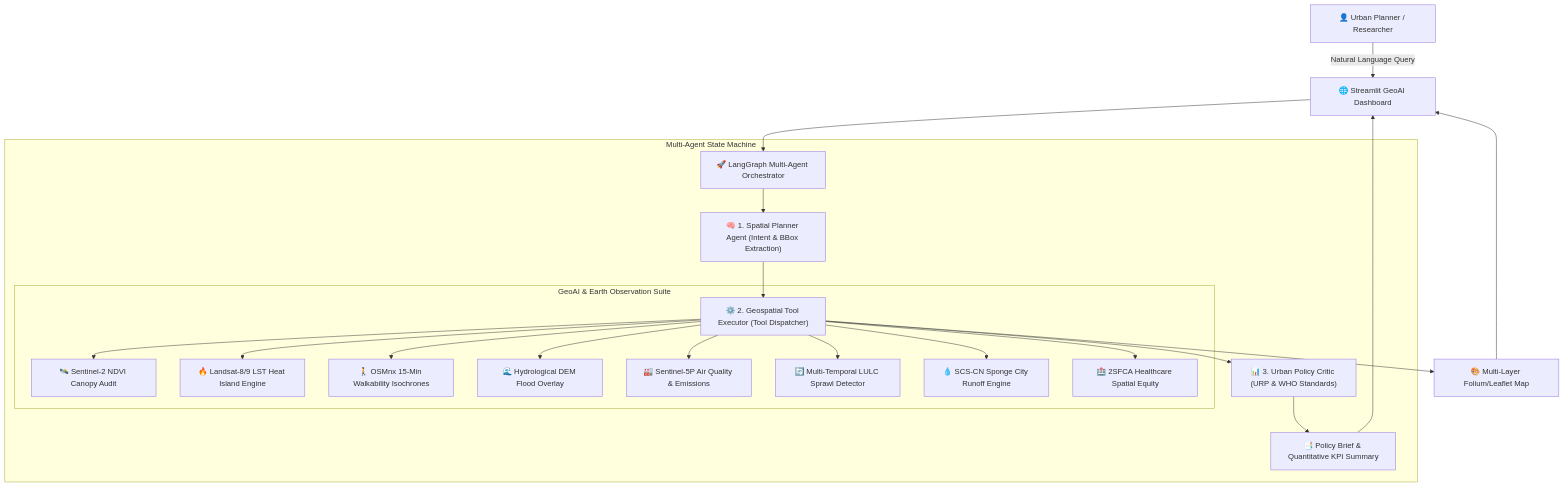
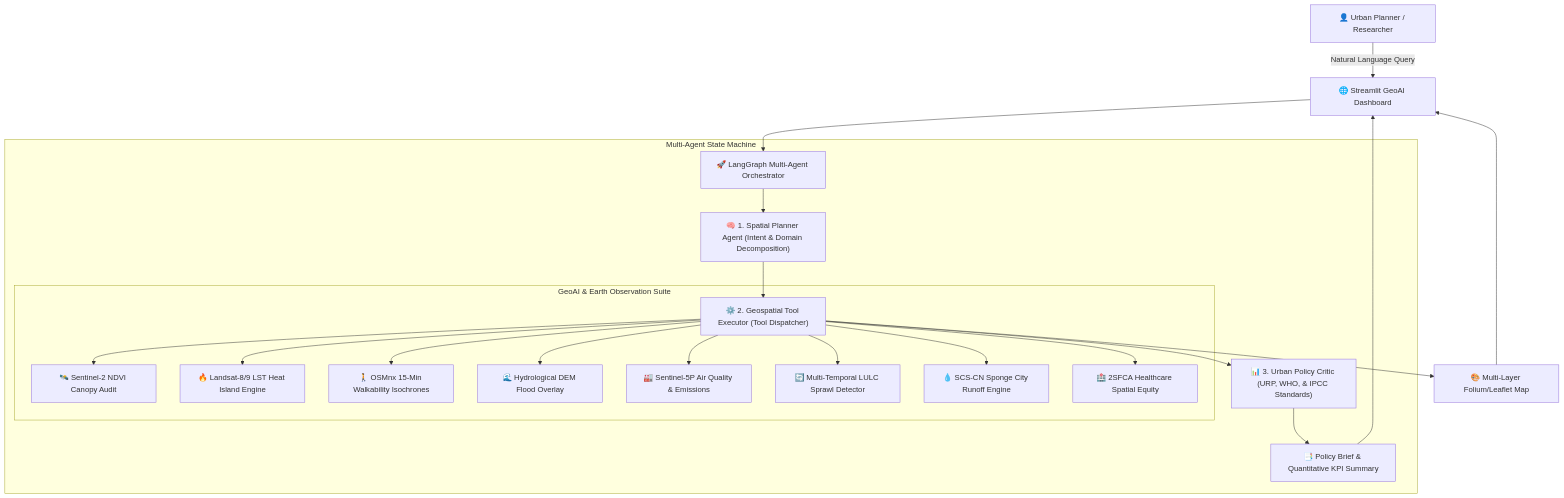
Before and after one commit to Sarwar-Jony/GeoLab-Agent: the diagram in README.md, drawn with Mermaid. The commit also changed other lines of this file and 21 other files, not shown here.

Commit message:
docs: revamp README with readable paragraphs, comprehensive architecture, and sync GeoLab-Agent codebase

````diff
--- a/README.md
+++ b/README.md
@@ -29,28 +27,28 @@
 ```mermaid
 graph TD
     User["👤 Urban Planner / Researcher"] -->|"Natural Language Query"| UI["🌐 Streamlit GeoAI Dashboard"]
     UI --> Orchestrator["🚀 LangGraph Multi-Agent Orchestrator"]
     
     subgraph "Multi-Agent State Machine"
-        Orchestrator --> PlannerNode["🧠 1. Spatial Planner Agent (Intent & BBox Extraction)"]
+        Orchestrator --> PlannerNode["🧠 1. Spatial Planner Agent (Intent & Domain Decomposition)"]
         PlannerNode --> ExecutorNode["⚙️ 2. Geospatial Tool Executor (Tool Dispatcher)"]
         
         subgraph "GeoAI & Earth Observation Suite"
             ExecutorNode --> ToolA["🛰️ Sentinel-2 NDVI Canopy Audit"]
             ExecutorNode --> ToolB["🔥 Landsat-8/9 LST Heat Island Engine"]
             ExecutorNode --> ToolC["🚶 OSMnx 15-Min Walkability Isochrones"]
             ExecutorNode --> ToolD["🌊 Hydrological DEM Flood Overlay"]
             ExecutorNode --> ToolE["🏭 Sentinel-5P Air Quality & Emissions"]
             ExecutorNode --> ToolF["🔄 Multi-Temporal LULC Sprawl Detector"]
             ExecutorNode --> ToolG["💧 SCS-CN Sponge City Runoff Engine"]
             ExecutorNode --> ToolH["🏥 2SFCA Healthcare Spatial Equity"]
         end
         
-        ExecutorNode --> CriticNode["📊 3. Urban Policy Critic (URP & WHO Standards)"]
+        ExecutorNode --> CriticNode["📊 3. Urban Policy Critic (URP, WHO, & IPCC Standards)"]
         CriticNode --> Synthesis["📑 Policy Brief & Quantitative KPI Summary"]
     end
     
     Synthesis --> UI
     ExecutorNode --> MapEngine["🎨 Multi-Layer Folium/Leaflet Map"]
     MapEngine --> UI
 ```
````
